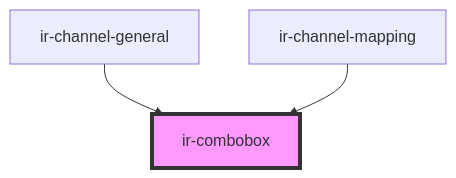
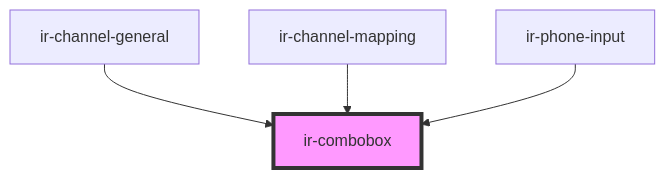
Before and after one commit to David1Chowaifaty/modified-ir-webcmp: the diagram in src/components/ir-combobox/readme.md, drawn with Mermaid. The commit also changed other lines of this file and 19 other files, not shown here.

````diff
--- a/src/components/ir-combobox/readme.md
+++ b/src/components/ir-combobox/readme.md
@@ -38,6 +39,7 @@
 ```mermaid
 graph TD;
   ir-channel-general --> ir-combobox
   ir-channel-mapping --> ir-combobox
+  ir-phone-input --> ir-combobox
   style ir-combobox fill:#f9f,stroke:#333,stroke-width:4px
 ```
````
